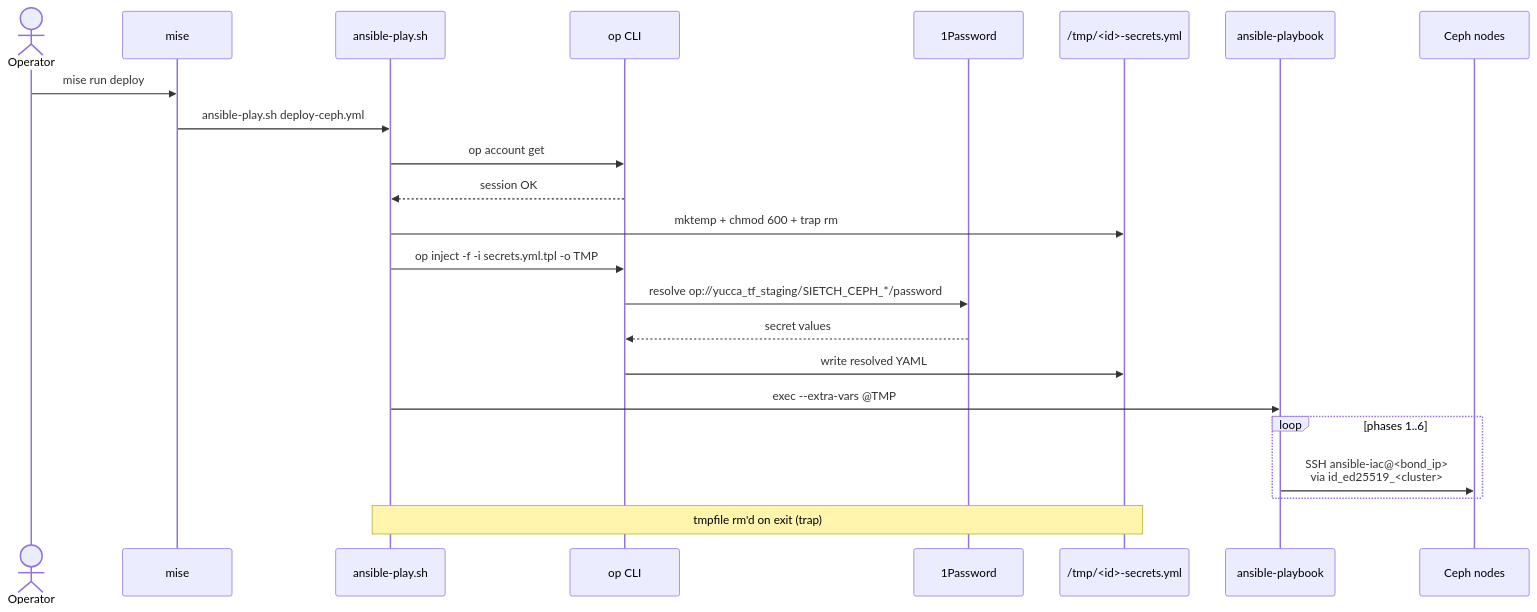
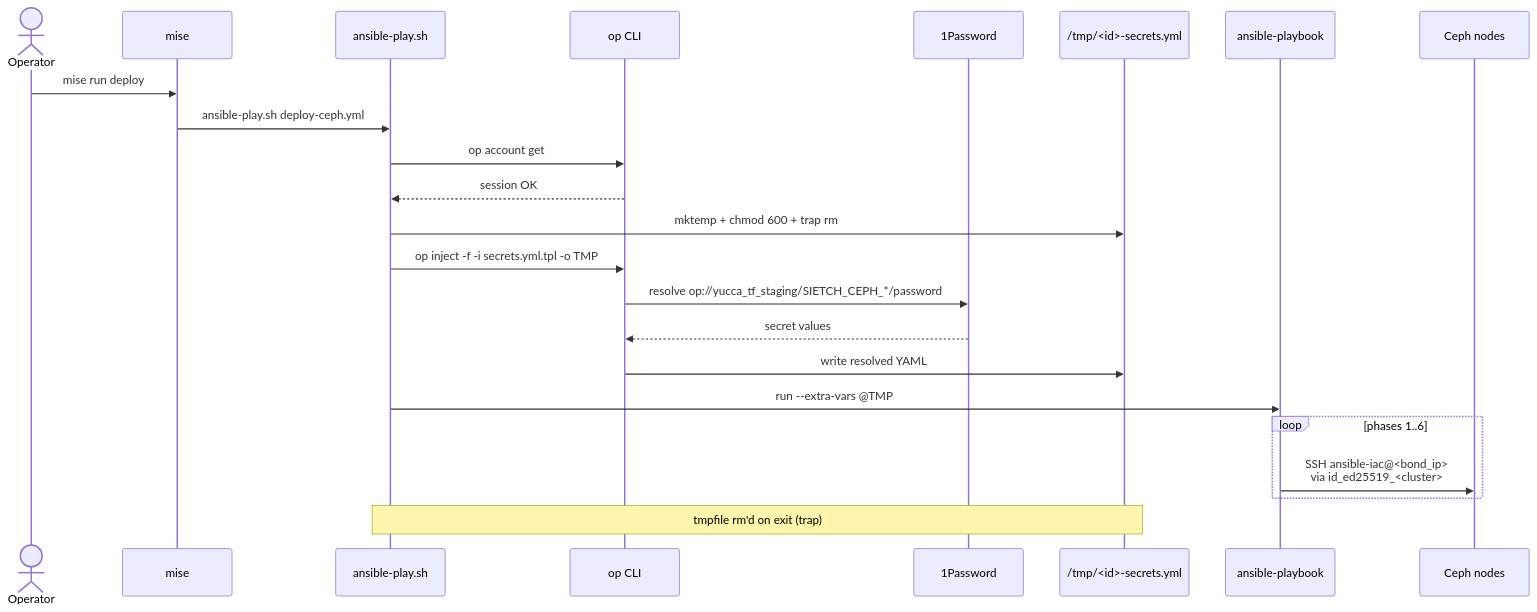
One commit to immich-app/yucca changed the seventh of 11 diagrams in ansible/ceph/docs/architecture.md. Above: the diagram before and after it, drawn with Mermaid. The commit also changed other lines of this file and 13 other files, not shown here.

````diff
--- a/ansible/ceph/docs/architecture.md
+++ b/ansible/ceph/docs/architecture.md
@@ -590,26 +591,26 @@
 ```mermaid
 sequenceDiagram
     actor OP as Operator
     participant MISE as mise
     participant WRAP as ansible-play.sh
     participant OPCLI as op CLI
     participant ONEP as 1Password
     participant TMP as /tmp/<id>-secrets.yml
     participant ANS as ansible-playbook
     participant NODES as Ceph nodes
 
     OP->>MISE: mise run deploy
     MISE->>WRAP: ansible-play.sh deploy-ceph.yml
     WRAP->>OPCLI: op account get
     OPCLI-->>WRAP: session OK
     WRAP->>TMP: mktemp + chmod 600 + trap rm
     WRAP->>OPCLI: op inject -f -i secrets.yml.tpl -o TMP
     OPCLI->>ONEP: resolve op://yucca_tf_staging/SIETCH_CEPH_*/password
     ONEP-->>OPCLI: secret values
     OPCLI->>TMP: write resolved YAML
-    WRAP->>ANS: exec --extra-vars @TMP
+    WRAP->>ANS: run --extra-vars @TMP
     loop phases 1..6
         ANS->>NODES: SSH ansible-iac@<bond_ip><br/>via id_ed25519_<cluster>
     end
     Note over WRAP,TMP: tmpfile rm'd on exit (trap)
 ```
````
